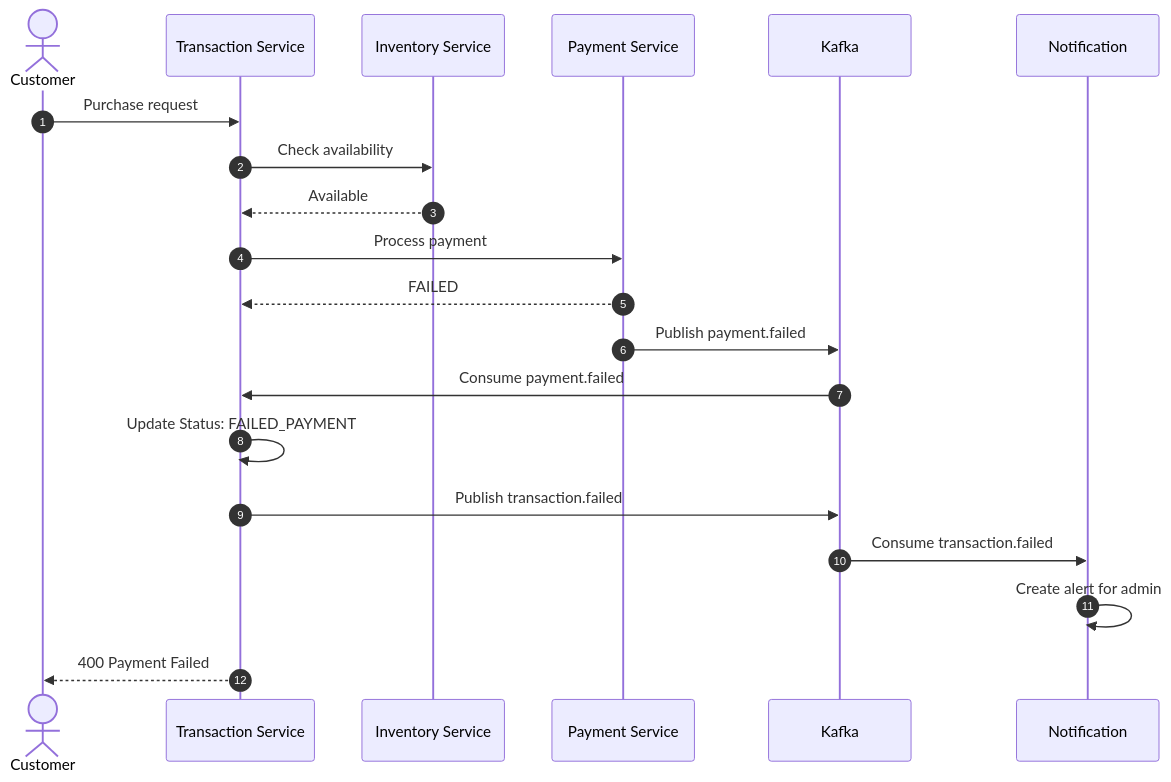
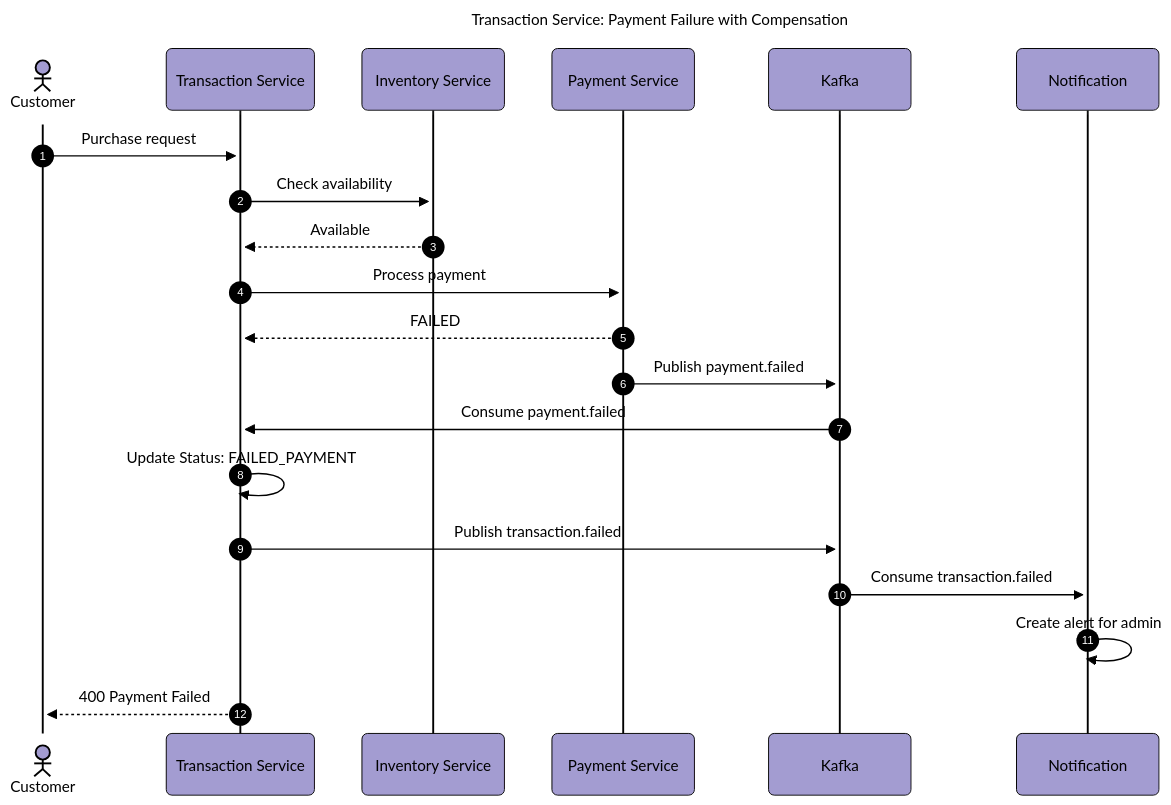
The seventh of 8 diagrams in Documentation/diagrams/transaction-service.md (BrunoGil-AS/Vending-Machine-Microservices), drawn with Mermaid before and after one commit. The commit also changed other lines of this file and 7 other files, not shown here.

Commit message:
docs: Update service diagrams with new configurations and titles

````diff
--- a/Documentation/diagrams/transaction-service.md
+++ b/Documentation/diagrams/transaction-service.md
@@ -334,28 +418,42 @@
 ```mermaid
+---
+config:
+  theme: base
+  themeVariables:
+    primaryColor: '#a39cd1ff'
+    primaryTextColor: '#000000'
+    secondaryTextColor: '#ffffffff'
+    primaryBorderColor: '#000000'
+    lineColor: '#000000ff'
+    secondaryColor: '#90b590ff'
+    tertiaryColor: '#f9f6a1ff'
+  look: neo
+title: 'Transaction Service: Payment Failure with Compensation'
+---
 sequenceDiagram
     autonumber
     actor Customer
     participant Service as Transaction Service
     participant Inventory as Inventory Service
     participant Payment as Payment Service
     participant Kafka
     participant Notification
 
     Customer->>Service: Purchase request
 
     Service->>Inventory: Check availability
     Inventory-->>Service: Available
 
     Service->>Payment: Process payment
     Payment-->>Service: FAILED
     Payment->>Kafka: Publish payment.failed
 
     Kafka->>Service: Consume payment.failed
     Service->>Service: Update Status: FAILED_PAYMENT
     Service->>Kafka: Publish transaction.failed
 
     Kafka->>Notification: Consume transaction.failed
     Notification->>Notification: Create alert for admin
 
     Service-->>Customer: 400 Payment Failed
 ```
````
